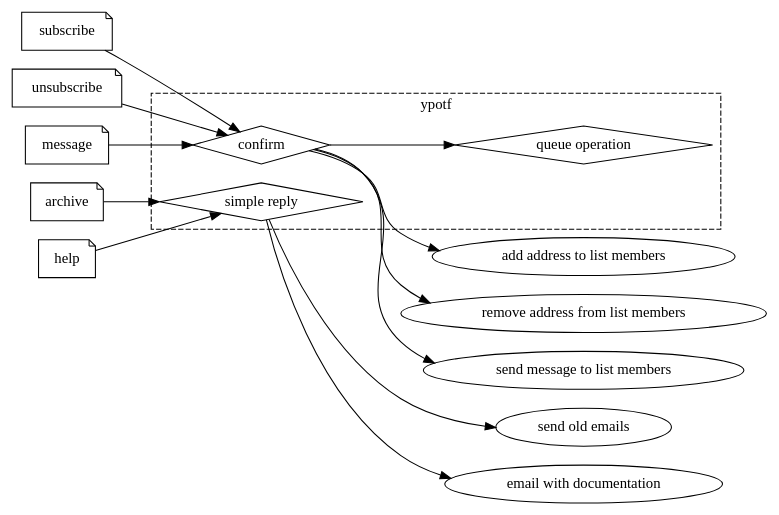
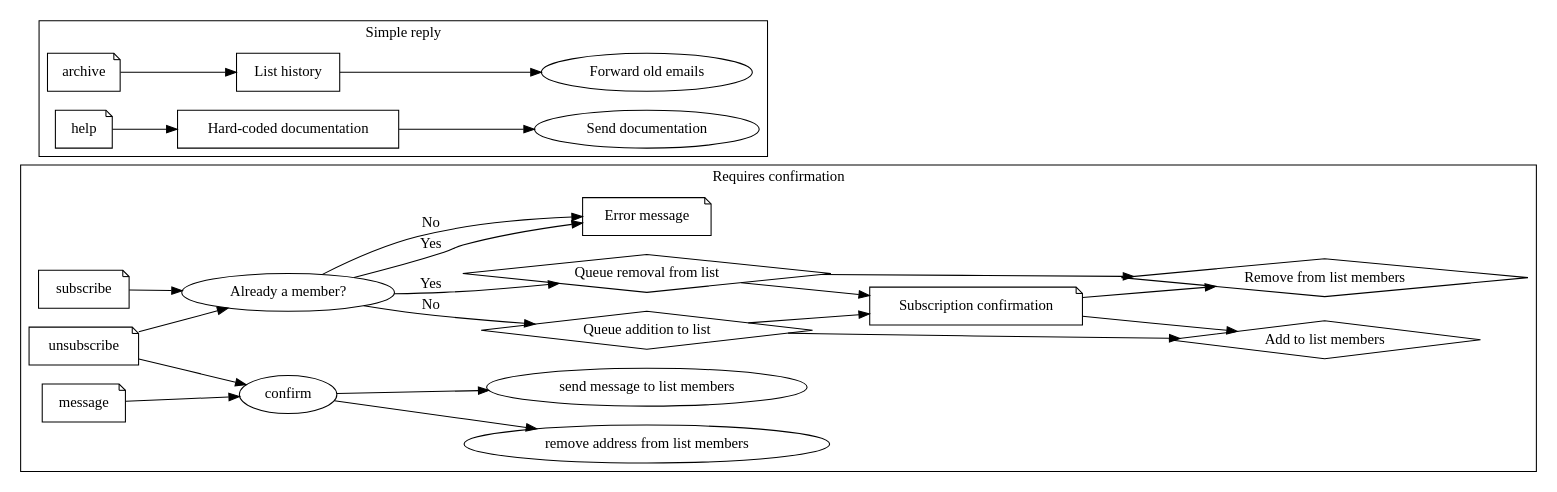
One commit to tlevine/ypotf changed the diagram in docs/flow.dot. Above: the diagram before and after it, drawn with Graphviz.

Commit message:
Automatic commit with j

```diff
--- a/docs/flow.dot
+++ b/docs/flow.dot
@@ -1,19 +1,42 @@
-digraph foo {
+digraph ypotf {
     rankdir=LR
-    subscribe [shape=note];
-    unsubscribe [shape=note];
-    message [shape=note];
-    archive [shape=note];
-    help [shape=note];
+
+    subscribe, unsubscribe, message [shape=note];
+    "Error message" [shape=note];
     subgraph cluster_0 {
-      style=dashed;
-      label=ypotf;
-      confirm, "simple reply", "queue operation" [shape=diamond];
-      confirm -> "queue operation"
+      label="Requires confirmation";
+
+      subscribe -> "Already a member?"
+      "Already a member?" -> "Error message" [label=Yes];
+      "Already a member?" -> "Queue addition to list" [label=No];
+
+      "Queue addition to list" -> "Subscription confirmation";
+      "Subscription confirmation" -> "Add to list members";
+      "Queue addition to list" -> "Add to list members";
+
+      unsubscribe -> "Already a member?"
+      "Already a member?" -> "Queue removal from list" [label=Yes];
+      "Already a member?" -> "Error message" [label=No];
+
+      "Queue removal from list" -> "Subscription confirmation";
+      "Subscription confirmation" -> "Remove from list members";
+      "Queue removal from list" -> "Remove from list members";
+
+      "Queue addition to list", "Queue removal from list",
+        "Remove from list members", "Add to list members"
+        [shape=diamond];
+
+      "Queue addition to list", "Queue removal from list" [shape=diamond];
+      unsubscribe -> confirm -> "remove address from list members";
+      message -> confirm -> "send message to list members";
+      "Subscription confirmation" [shape=note];
     }
-    subscribe -> confirm -> "add address to list members";
-    unsubscribe -> confirm -> "remove address from list members";
-    message -> confirm -> "send message to list members";
-    archive -> "simple reply" -> "send old emails";
-    help -> "simple reply" -> "email with documentation";
+
+    archive, help [shape=note];
+    subgraph cluster_1 {
+      label="Simple reply";
+      "Hard-coded documentation", "List history" [shape=box];
+      archive -> "List history" -> "Forward old emails";
+      help -> "Hard-coded documentation" -> "Send documentation";
+    }
 }
```
